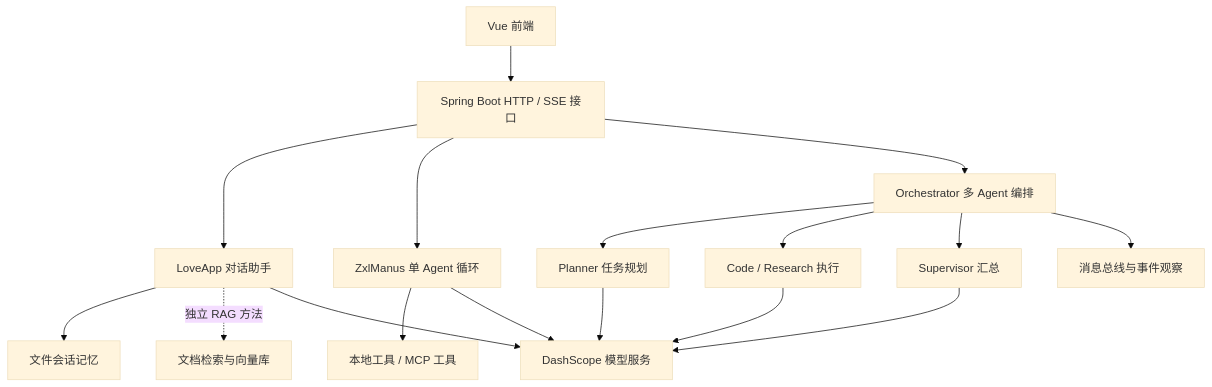
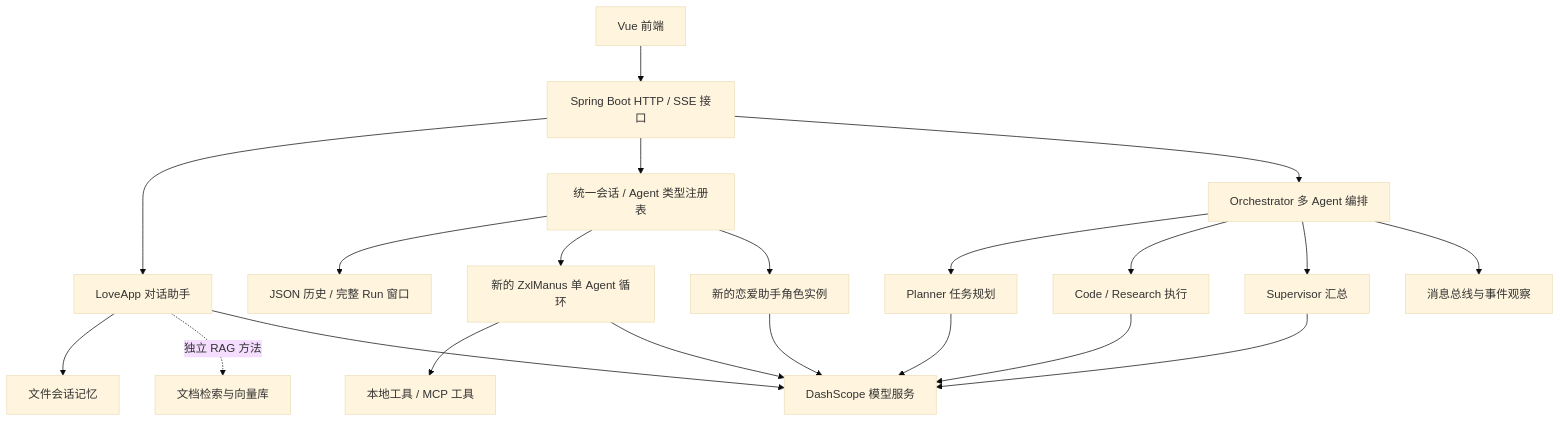
Before and after one commit to ZxlDragonDoctor/zxl-Ai-agent: the diagram in README.md, drawn with Mermaid (base theme). The commit also changed other lines of this file and 3 other files, not shown here.

````diff
--- a/README.md
+++ b/README.md
@@ -51,19 +52,23 @@
 ```mermaid
 flowchart TD
     UI[Vue 前端] --> API[Spring Boot HTTP / SSE 接口]
     API --> Chat[LoveApp 对话助手]
-    API --> Single[ZxlManus 单 Agent 循环]
+    API --> Sessions[统一会话 / Agent 类型注册表]
+    Sessions --> Store[JSON 历史 / 完整 Run 窗口]
+    Sessions --> Single[新的 ZxlManus 单 Agent 循环]
+    Sessions --> Role[新的恋爱助手角色实例]
     API --> Multi[Orchestrator 多 Agent 编排]
     Chat --> Memory[文件会话记忆]
     Chat -. 独立 RAG 方法 .-> RAG[文档检索与向量库]
     Single --> Tools[本地工具 / MCP 工具]
     Multi --> Planner[Planner 任务规划]
     Multi --> Workers[Code / Research 执行]
     Multi --> Supervisor[Supervisor 汇总]
     Multi --> Bus[消息总线与事件观察]
     Chat --> Model[DashScope 模型服务]
     Single --> Model
+    Role --> Model
     Workers --> Model
     Planner --> Model
     Supervisor --> Model
 ```
````
